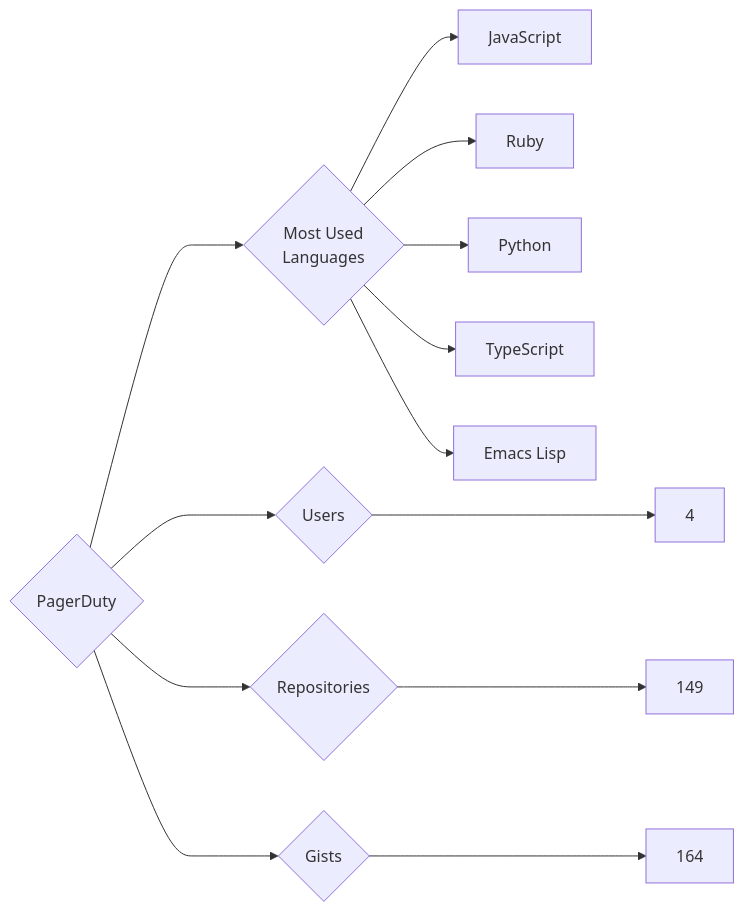
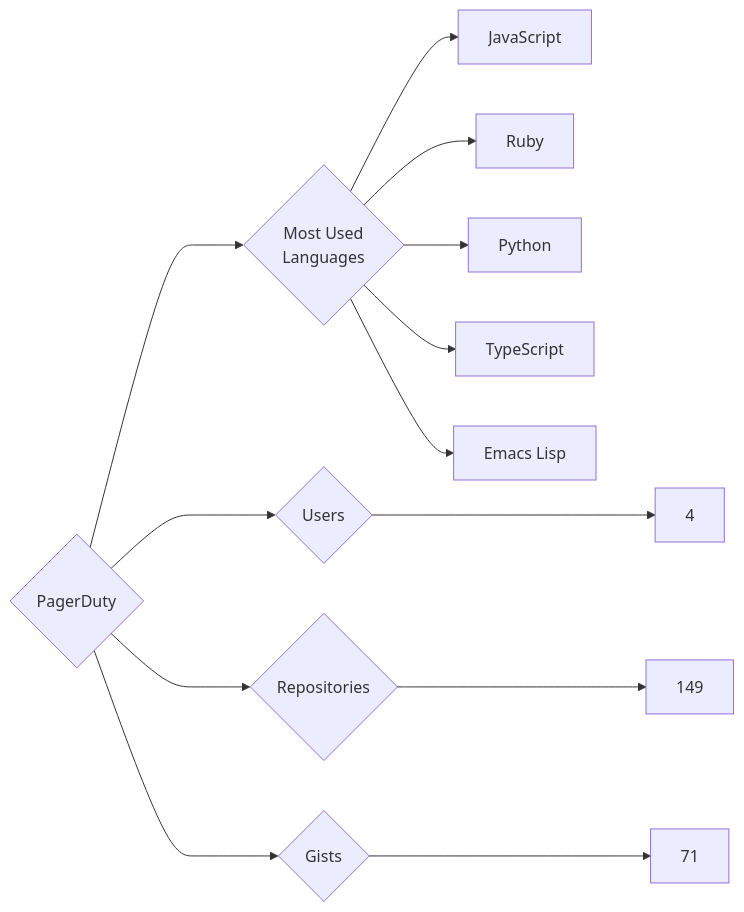
The diagram in targets/PagerDuty/README.md (trickest/insiders), drawn with Mermaid before and after one commit. The commit also changed 833 other files, not shown here.

````diff
--- a/targets/PagerDuty/README.md
+++ b/targets/PagerDuty/README.md
@@ -3,13 +3,13 @@
 ```mermaid
 graph LR
 COMPANY_NAME{PagerDuty}
 COMPANY_NAME ---> U{Users} ---> UN[4]
 COMPANY_NAME ---> R{Repositories} ---> RN[149]
-COMPANY_NAME ---> G{Gists} ---> GN[164]
+COMPANY_NAME ---> G{Gists} ---> GN[71]
 COMPANY_NAME ---> ML{Most Used<br>Languages}
 ML --> JavaScript[JavaScript]
 ML --> Ruby[Ruby]
 ML --> Python[Python]
 ML --> TypeScript[TypeScript]
 ML --> Emacs_Lisp[Emacs Lisp]
 ```
````
